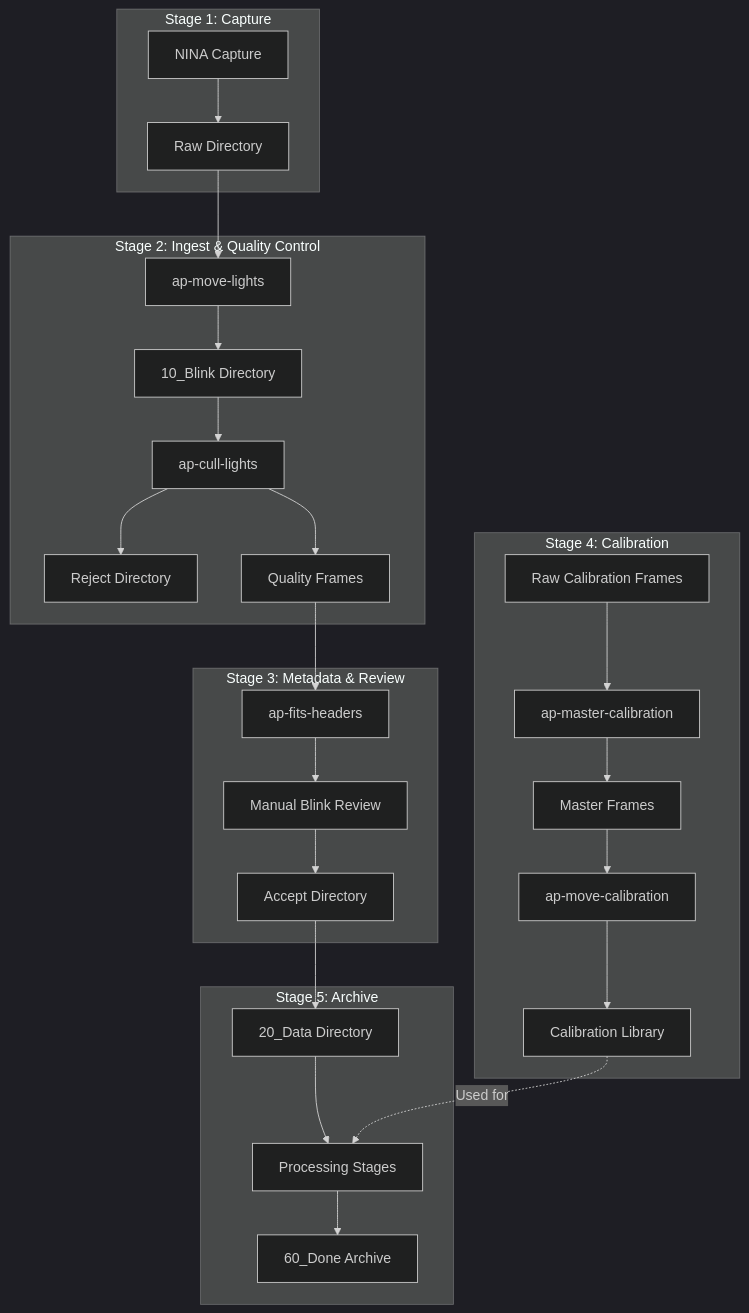
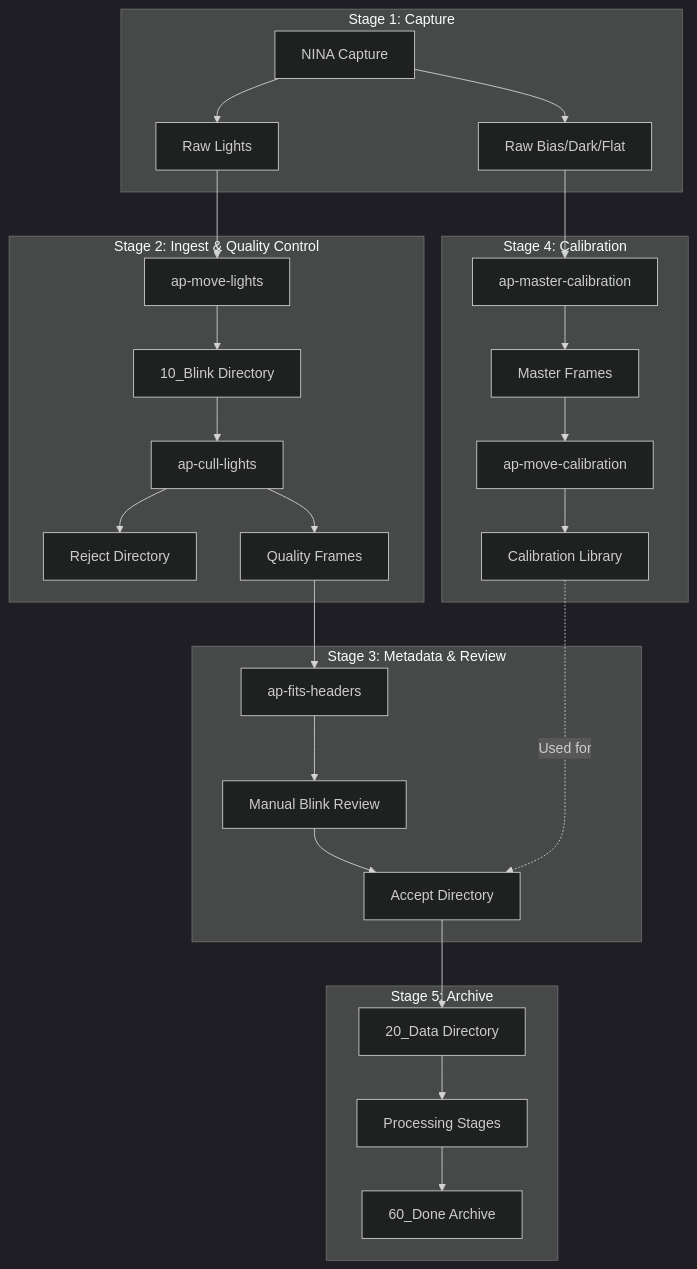
Before and after one commit to jewzaam/ap-base: the first of 6 diagrams in docs/workflow.md, drawn with Mermaid (dark theme). The commit also changed other lines of this file and 6 other files, not shown here.

````diff
--- a/docs/workflow.md
+++ b/docs/workflow.md
@@ -7,35 +7,36 @@
 ```mermaid
 flowchart TB
     subgraph Stage1["Stage 1: Capture"]
-        NINA[NINA Capture] --> RAW[Raw Directory]
+        NINA[NINA Capture] --> RAW_Light[Raw Lights]
+        NINA --> RAW_Calibration[Raw Bias/Dark/Flat]
     end
 
     subgraph Stage2["Stage 2: Ingest & Quality Control"]
-        RAW --> MOVE[ap-move-lights]
+        RAW_Light --> MOVE[ap-move-lights]
         MOVE --> BLINK[10_Blink Directory]
         BLINK --> CULL[ap-cull-lights]
         CULL --> REJECT[Reject Directory]
         CULL --> QUALITY[Quality Frames]
     end
 
     subgraph Stage3["Stage 3: Metadata & Review"]
         QUALITY --> HEADERS[ap-fits-headers]
         HEADERS --> MANUAL[Manual Blink Review]
         MANUAL --> ACCEPT[Accept Directory]
     end
 
     subgraph Stage4["Stage 4: Calibration"]
-        CAL_RAW[Raw Calibration Frames] --> MASTER[ap-master-calibration]
+        RAW_Calibration --> MASTER[ap-master-calibration]
         MASTER --> MASTERS[Master Frames]
         MASTERS --> ORGANIZE[ap-move-calibration]
         ORGANIZE --> LIBRARY[Calibration Library]
     end
 
     subgraph Stage5["Stage 5: Archive"]
         ACCEPT --> DATA[20_Data Directory]
         DATA --> PROCESS[Processing Stages]
         PROCESS --> ARCHIVE[60_Done Archive]
     end
 
-    LIBRARY -.->|"Used for"| PROCESS
+    LIBRARY -.->|"Used for"| ACCEPT
 ```
````
